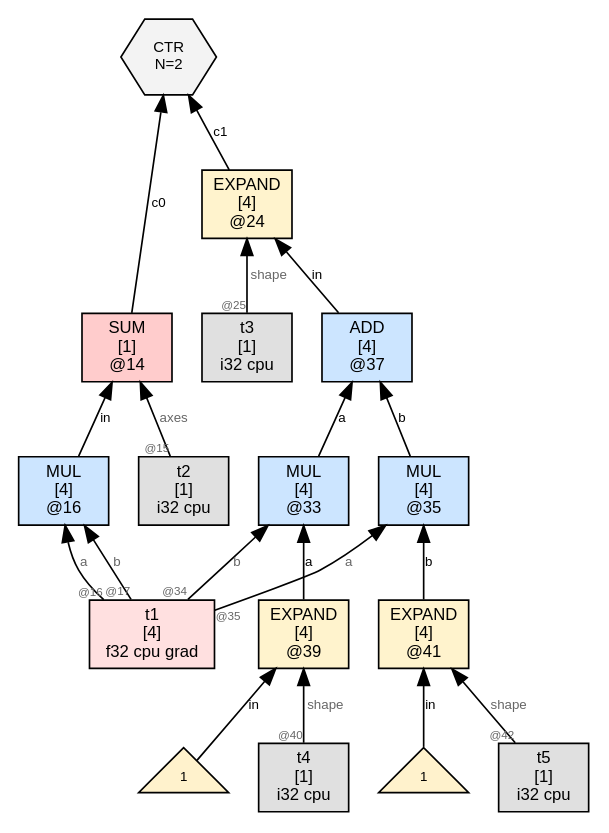
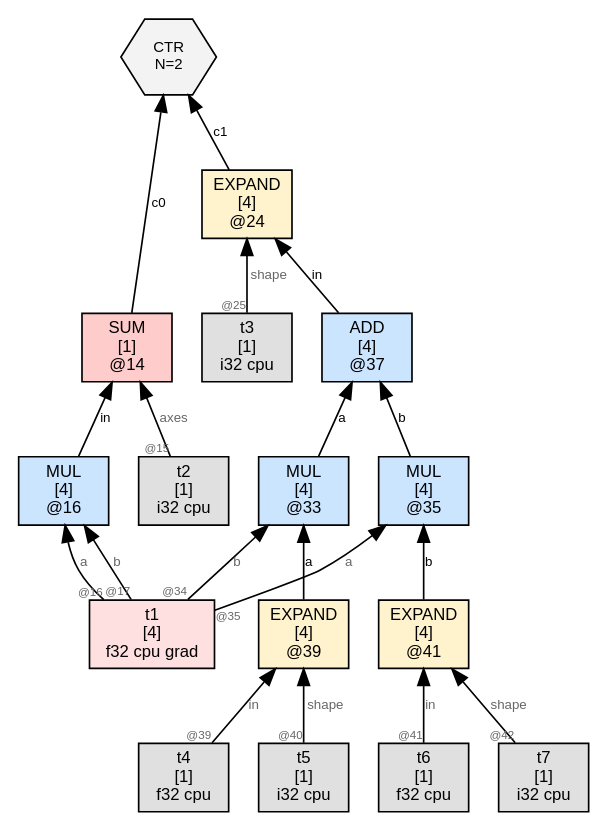
The diagram in wl/examples/thvm_graphs/grad_rules/gradu_sum_sq/thvm_2_post_sweep.dot (sw1sh/TinyHVM), drawn with Graphviz before and after one commit. The commit also changed 163 other files, not shown here.

First line of the commit message:
grad: GRAD2 leaf emits shape-[1] TEN instead of raw NUM

```diff
--- a/wl/examples/thvm_graphs/grad_rules/gradu_sum_sq/thvm_2_post_sweep.dot
+++ b/wl/examples/thvm_graphs/grad_rules/gradu_sum_sq/thvm_2_post_sweep.dot
@@ -1,40 +1,40 @@
 digraph G {
   rankdir=BT;
   node [fontname="Helvetica", fontsize=10, style=filled, shape=box, margin="0.1,0.05"];
   edge [fontsize=8, fontname="Helvetica"];
 
   n14 [label="SUM\n[1]\n@14", shape=box, fillcolor="#ffcccc"];
   n16 -> n14 [label="in"];
   t2 [label="t2\n[1]\ni32 cpu",shape=box,fillcolor="#e0e0e0"];
   t2 -> n14 [label="axes",taillabel="@15",labelfontsize=7,fontcolor="#666666"];
   n24 [label="EXPAND\n[4]\n@24", shape=box, fillcolor="#fff3cd"];
   n37 -> n24 [label="in"];
   t3 [label="t3\n[1]\ni32 cpu",shape=box,fillcolor="#e0e0e0"];
   t3 -> n24 [label="shape",taillabel="@25",labelfontsize=7,fontcolor="#666666"];
   n16 [label="MUL\n[4]\n@16", shape=box, fillcolor="#cce5ff"];
   t1 [label="t1\n[4]\nf32 cpu grad",shape=box,fillcolor="#ffe0e0"];
   t1 -> n16 [label="a",taillabel="@16",labelfontsize=7,fontcolor="#666666"];
   t1 -> n16 [label="b",taillabel="@17",labelfontsize=7,fontcolor="#666666"];
   ctr11 [label="CTR\nN=2", shape=hexagon, fillcolor="#f3f3f3", fontsize=9];
   n14 -> ctr11 [label="c0"];
   n24 -> ctr11 [label="c1"];
   n37 [label="ADD\n[4]\n@37", shape=box, fillcolor="#cce5ff"];
   n33 -> n37 [label="a"];
   n35 -> n37 [label="b"];
   n39 [label="EXPAND\n[4]\n@39", shape=box, fillcolor="#fff3cd"];
-  num39_0 [label="1",shape=triangle,fillcolor="#fff2cc",fontsize=8];
-  num39_0 -> n39 [label="in"];
-  t4 [label="t4\n[1]\ni32 cpu",shape=box,fillcolor="#e0e0e0"];
-  t4 -> n39 [label="shape",taillabel="@40",labelfontsize=7,fontcolor="#666666"];
+  t4 [label="t4\n[1]\nf32 cpu",shape=box,fillcolor="#e0e0e0"];
+  t4 -> n39 [label="in",taillabel="@39",labelfontsize=7,fontcolor="#666666"];
+  t5 [label="t5\n[1]\ni32 cpu",shape=box,fillcolor="#e0e0e0"];
+  t5 -> n39 [label="shape",taillabel="@40",labelfontsize=7,fontcolor="#666666"];
   n41 [label="EXPAND\n[4]\n@41", shape=box, fillcolor="#fff3cd"];
-  num41_0 [label="1",shape=triangle,fillcolor="#fff2cc",fontsize=8];
-  num41_0 -> n41 [label="in"];
-  t5 [label="t5\n[1]\ni32 cpu",shape=box,fillcolor="#e0e0e0"];
-  t5 -> n41 [label="shape",taillabel="@42",labelfontsize=7,fontcolor="#666666"];
+  t6 [label="t6\n[1]\nf32 cpu",shape=box,fillcolor="#e0e0e0"];
+  t6 -> n41 [label="in",taillabel="@41",labelfontsize=7,fontcolor="#666666"];
+  t7 [label="t7\n[1]\ni32 cpu",shape=box,fillcolor="#e0e0e0"];
+  t7 -> n41 [label="shape",taillabel="@42",labelfontsize=7,fontcolor="#666666"];
   n33 [label="MUL\n[4]\n@33", shape=box, fillcolor="#cce5ff"];
   n39 -> n33 [label="a"];
   t1 -> n33 [label="b",taillabel="@34",labelfontsize=7,fontcolor="#666666"];
   n35 [label="MUL\n[4]\n@35", shape=box, fillcolor="#cce5ff"];
   t1 -> n35 [label="a",taillabel="@35",labelfontsize=7,fontcolor="#666666"];
   n41 -> n35 [label="b"];
 }
```
